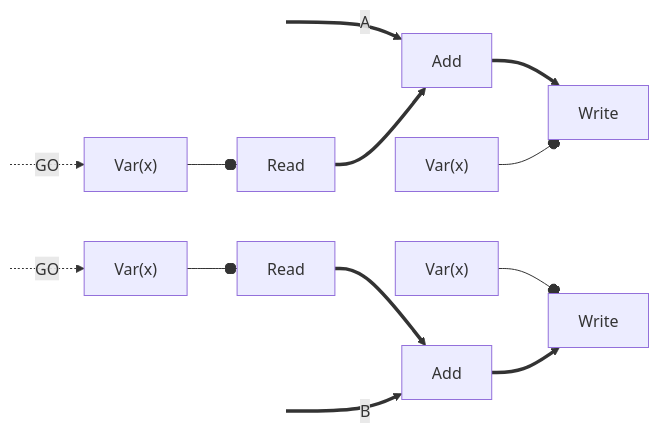
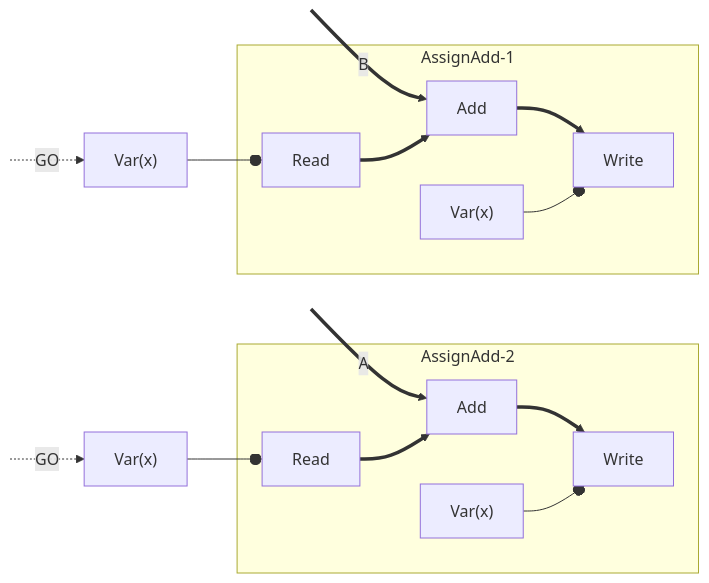
One commit to codenet/col733-cloud changed the seventh of 7 diagrams in compute-tf-graph.md. Above: the diagram before and after it, drawn with Mermaid. The commit also changed other lines of this file and 1 other file, not shown here.

````diff
--- a/compute-tf-graph.md
+++ b/compute-tf-graph.md
@@ -208,29 +208,33 @@
 ```mermaid
 graph LR
   x1["Var(x)"]
   x2["Var(x)"]
   x3["Var(x)"]
   x4["Var(x)"]
 	r1[Read]
 	r2[Read]
 	a1[Add]
 	a2[Add]
 	w1[Write]
 	w2[Write]
   
 	A:::hidden -.-> |GO| x1
+	C:::hidden ==> |A| a1
 	x1 --o r1
-	C:::hidden ==> |A| a1
-	r1 ==> a1
-	a1 ==> w1
-	x3 --o w1
+	subgraph AssignAdd-2
+		r1 ==> a1
+		a1 ==> w1
+		x3 --o w1
+	end
 
 	B:::hidden -.-> |GO| x2
 	x2 --o r2
-	r2 ==> a2
 	D:::hidden ==> |B| a2
-	x4 --o w2
-	a2 ==> w2
+	subgraph AssignAdd-1
+		r2 ==> a2
+		a2 ==> w2
+		x4 --o w2
+	end
 
 	classDef hidden display: none;
 ```
````
